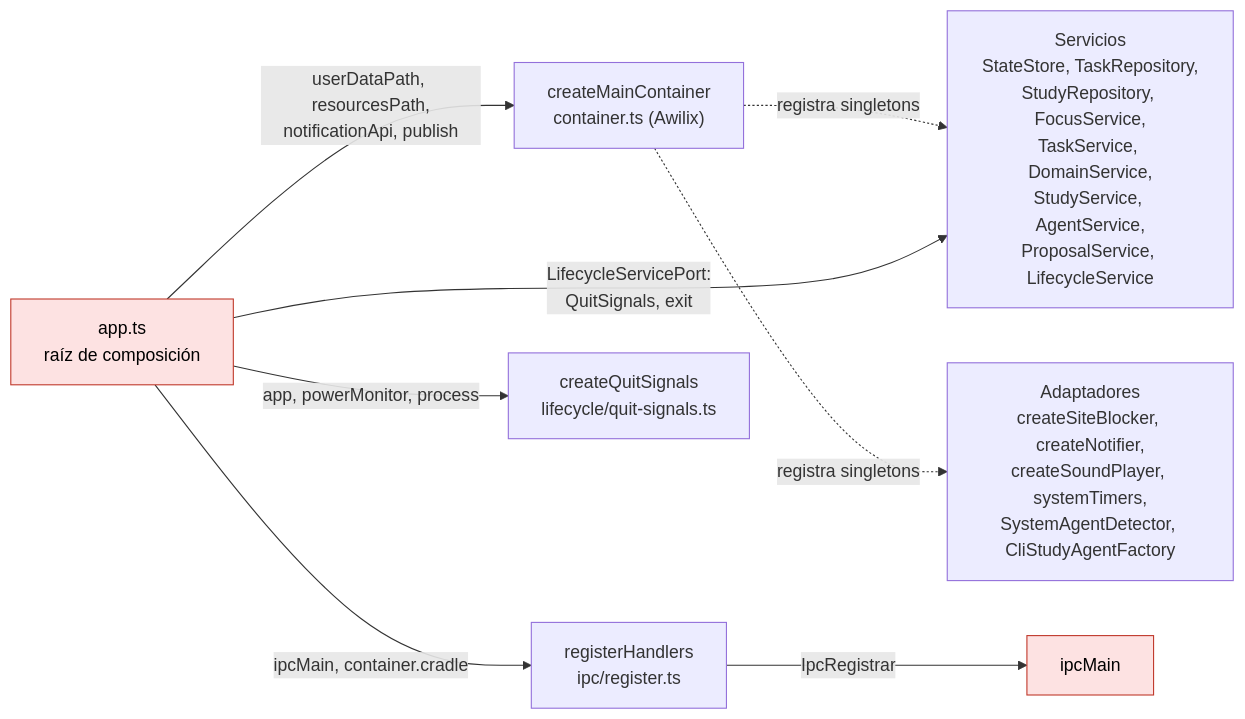
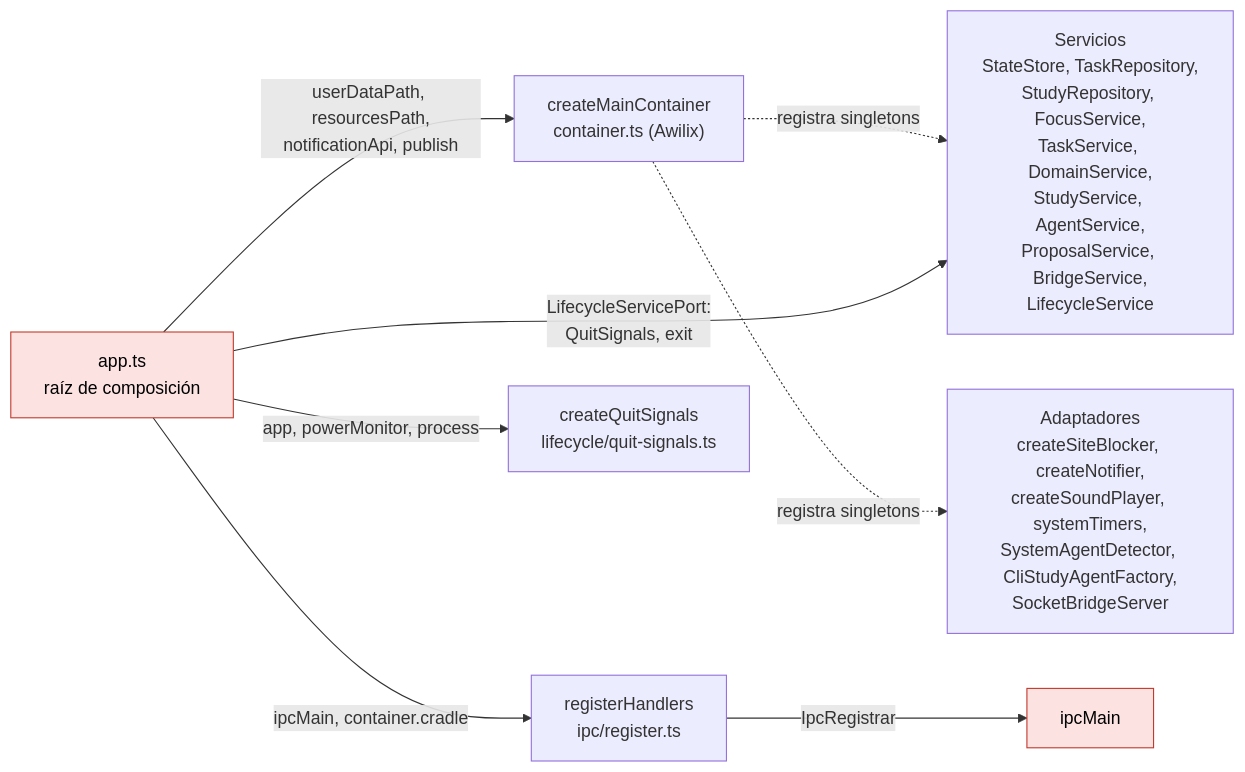
One commit to DevJuan95/ritmo changed the third of 13 diagrams in docs/arquitectura.md. Above: the diagram before and after it, drawn with Mermaid. The commit also changed other lines of this file and 36 other files, not shown here.

````diff
--- a/docs/arquitectura.md
+++ b/docs/arquitectura.md
@@ -85,20 +98,20 @@
 ```mermaid
 flowchart LR
   app["app.ts<br/>raíz de composición"]:::electron
   container["createMainContainer<br/>container.ts (Awilix)"]
-  servicios["Servicios<br/>StateStore, TaskRepository,<br/>StudyRepository, FocusService,<br/>TaskService, DomainService,<br/>StudyService, AgentService,<br/>ProposalService, LifecycleService"]
-  adaptadores["Adaptadores<br/>createSiteBlocker, createNotifier,<br/>createSoundPlayer, systemTimers,<br/>SystemAgentDetector, CliStudyAgentFactory"]
+  servicios["Servicios<br/>StateStore, TaskRepository,<br/>StudyRepository, FocusService,<br/>TaskService, DomainService,<br/>StudyService, AgentService,<br/>ProposalService, BridgeService,<br/>LifecycleService"]
+  adaptadores["Adaptadores<br/>createSiteBlocker, createNotifier,<br/>createSoundPlayer, systemTimers,<br/>SystemAgentDetector, CliStudyAgentFactory,<br/>SocketBridgeServer"]
   ipc["registerHandlers<br/>ipc/register.ts"]
   quit["createQuitSignals<br/>lifecycle/quit-signals.ts"]
   ipcMain["ipcMain"]:::electron
 
   app -- "userDataPath, resourcesPath,<br/>notificationApi, publish" --> container
   container -. "registra singletons" .-> servicios
   container -. "registra singletons" .-> adaptadores
   app -- "ipcMain, container.cradle" --> ipc
   ipc -- "IpcRegistrar" --> ipcMain
   app -- "LifecycleServicePort:<br/>QuitSignals, exit" --> servicios
   app -- "app, powerMonitor, process" --> quit
 
   classDef electron fill:#fde2e2,stroke:#c0392b,color:#000
 ```
````
